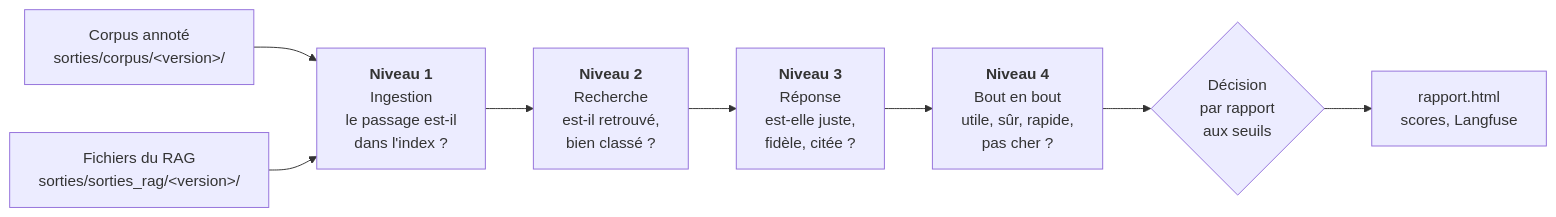
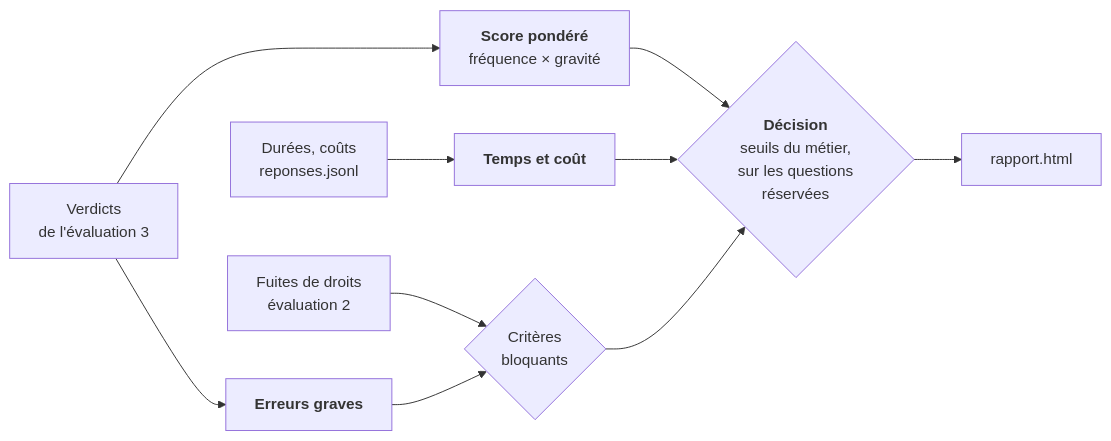
One commit to floSa/RAG-Evaluation changed the diagram in evaluation/documentation/4_evaluation_bout_en_bout.md. Above: the diagram before and after it, drawn with Mermaid. The commit also changed other lines of this file, not shown here.

Commit message:
Guide 4 : évaluation de bout en bout (score pondéré, seuils, décision, kit evaluer)

````diff
--- a/evaluation/documentation/4_evaluation_bout_en_bout.md
+++ b/evaluation/documentation/4_evaluation_bout_en_bout.md
@@ -5,10 +7,12 @@
 ```mermaid
 flowchart LR
-    C["Corpus annoté<br/>sorties/corpus/&lt;version&gt;/"] --> N1
-    R["Fichiers du RAG<br/>sorties/sorties_rag/&lt;version&gt;/"] --> N1
-    N1["<b>Niveau 1</b><br/>Ingestion<br/>le passage est-il<br/>dans l'index ?"] --> N2["<b>Niveau 2</b><br/>Recherche<br/>est-il retrouvé,<br/>bien classé ?"]
-    N2 --> N3["<b>Niveau 3</b><br/>Réponse<br/>est-elle juste,<br/>fidèle, citée ?"]
-    N3 --> N4["<b>Niveau 4</b><br/>Bout en bout<br/>utile, sûr, rapide,<br/>pas cher ?"]
-    N4 --> D{"Décision<br/>par rapport<br/>aux seuils"}
-    D --> S["rapport.html<br/>scores, Langfuse"]
+    N3["Verdicts<br/>de l'évaluation 3"] --> P["<b>Score pondéré</b><br/>fréquence × gravité"]
+    R["Durées, coûts<br/>reponses.jsonl"] --> T["<b>Temps et coût</b>"]
+    N3 --> G["<b>Erreurs graves</b>"]
+    F["Fuites de droits<br/>évaluation 2"] --> B{"Critères<br/>bloquants"}
+    G --> B
+    P --> D{"<b>Décision</b><br/>seuils du métier,<br/>sur les questions<br/>réservées"}
+    T --> D
+    B --> D
+    D --> H["rapport.html"]
 ```
````
